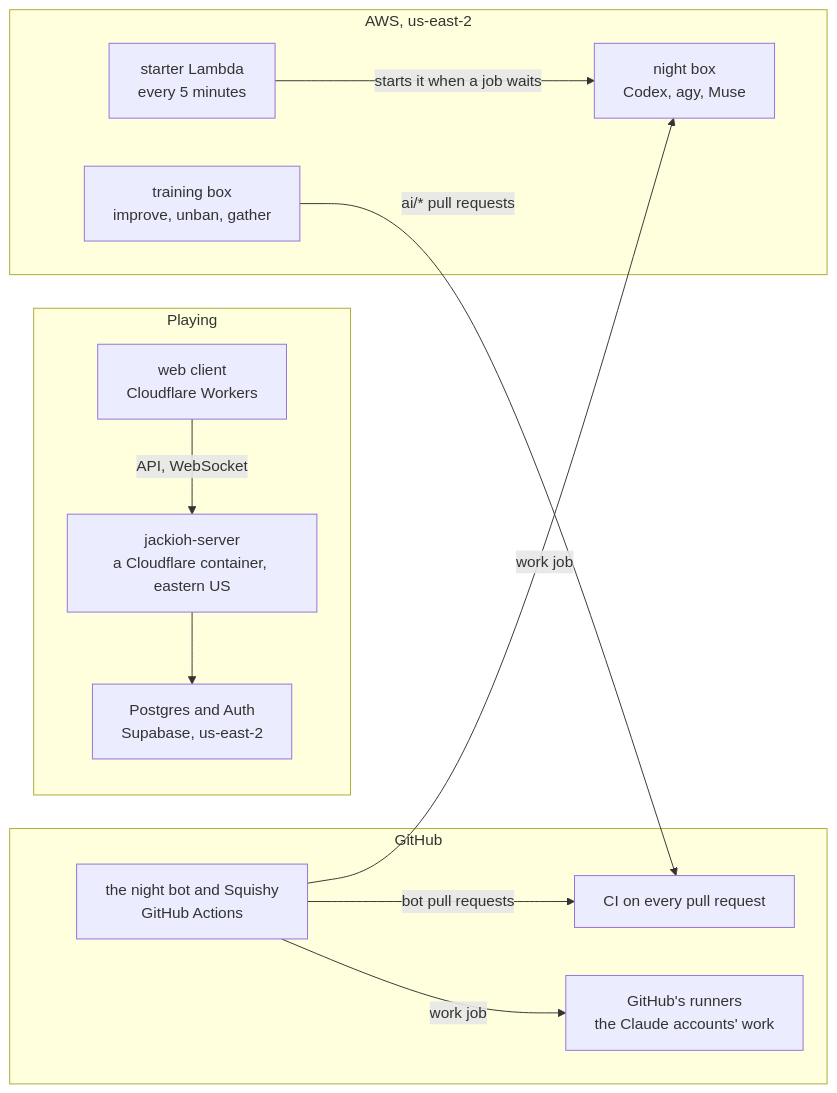
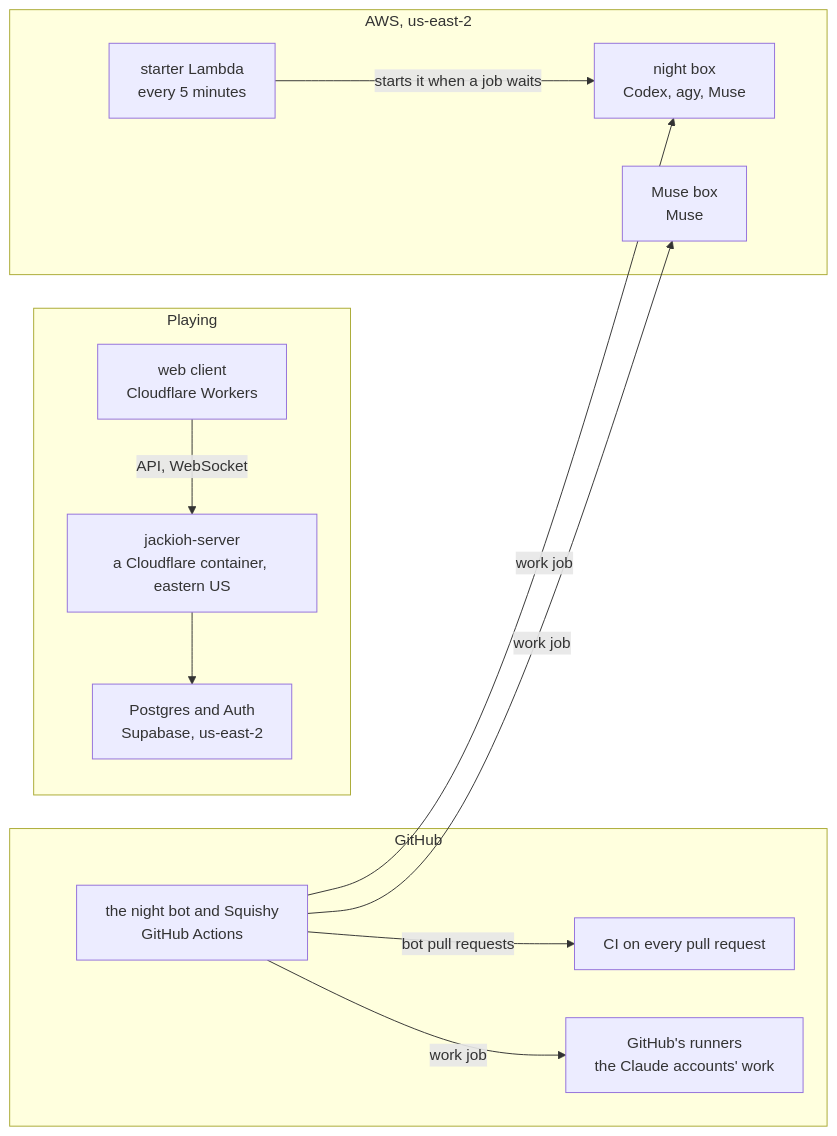
Before and after one commit to Jlore-Studios/JackiOh: the first of 2 diagrams in README.md, drawn with Mermaid. The commit also changed other lines of this file and 32 other files, not shown here.

````diff
--- a/README.md
+++ b/README.md
@@ -54,25 +54,25 @@
 ```mermaid
 flowchart LR
   subgraph play["Playing"]
     W["web client<br/>Cloudflare Workers"]
     SV["jackioh-server<br/>a Cloudflare container, eastern US"]
     DB["Postgres and Auth<br/>Supabase, us-east-2"]
     W -- "API, WebSocket" --> SV
     SV --> DB
   end
   subgraph gh["GitHub"]
     CI["CI on every pull request"]
     NB["the night bot and Squishy<br/>GitHub Actions"]
     HR["GitHub's runners<br/>the Claude accounts' work"]
     NB -- "work job" --> HR
   end
   subgraph aws["AWS, us-east-2"]
     NV["night box<br/>Codex, agy, Muse"]
-    TB["training box<br/>improve, unban, gather"]
+    MB["Muse box<br/>Muse"]
     ST["starter Lambda<br/>every 5 minutes"]
     ST -- "starts it when a job waits" --> NV
   end
   NB -- "work job" --> NV
-  TB -- "ai/* pull requests" --> CI
+  NB -- "work job" --> MB
   NB -- "bot pull requests" --> CI
 ```
````
